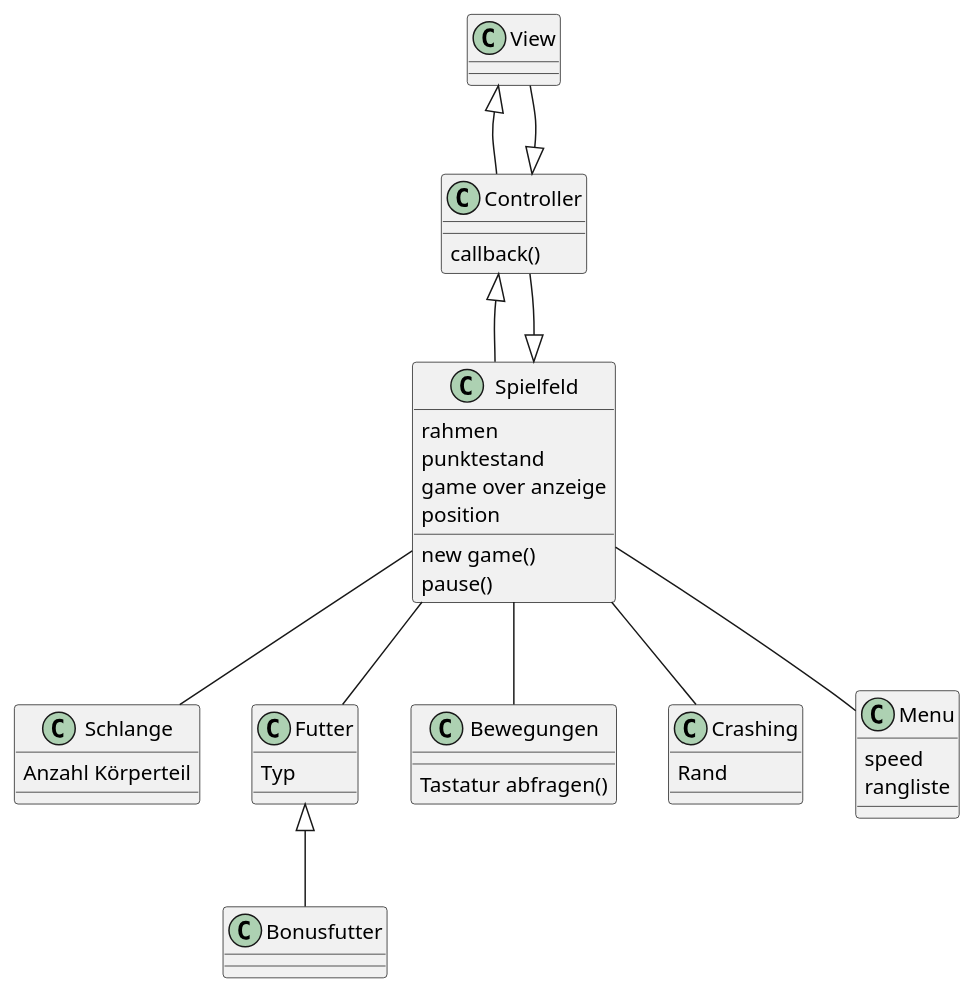
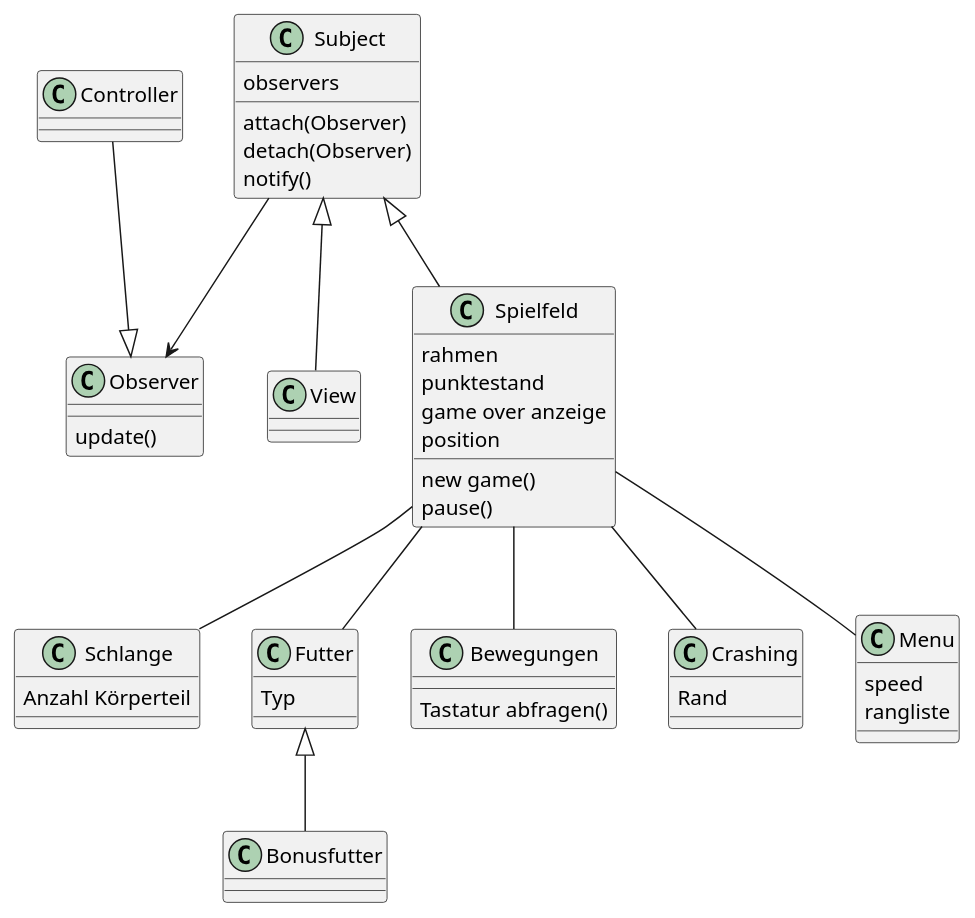
One commit to PFOTeko/Projektarbeit changed the diagram in Klasse.puml. Above: the diagram before and after it, drawn with PlantUML.

Commit message:
add to git

```diff
--- a/Klasse.puml
+++ b/Klasse.puml
@@ -1,56 +1,66 @@
 @startuml
+
+class Subject {
+    observers
+    attach(Observer)
+    detach(Observer)
+    notify()
+}
+
+class Observer {
+    update()
+}
 
 class View{
 
 }
 
 class Controller{
-callback()
 
 }
 
 
 class Schlange{
 Anzahl Körperteil
 }
 
 class Futter{
 Typ
 }
 
 class Bonusfutter{
 }
 
 class Spielfeld{
 rahmen
 new game()
 pause()
 punktestand
 game over anzeige
 position
 } 
 
 class Bewegungen{
 Tastatur abfragen()
 } 
 
 class Crashing{
 Rand
 } 
 
 class Menu{
 speed
 rangliste
 } 
 
 Spielfeld -- Schlange
 Spielfeld -- Futter
 Spielfeld -- Bewegungen
 Spielfeld -- Crashing
 Spielfeld -- Menu
 Futter <|-- Bonusfutter
-Controller <|-- Spielfeld
-Controller --|> Spielfeld
-View <|--Controller
-View --|> Controller
+Subject <|-- Spielfeld
+Subject --> Observer
+Subject <|-- View
+Controller --|> Observer
 @enduml
```
